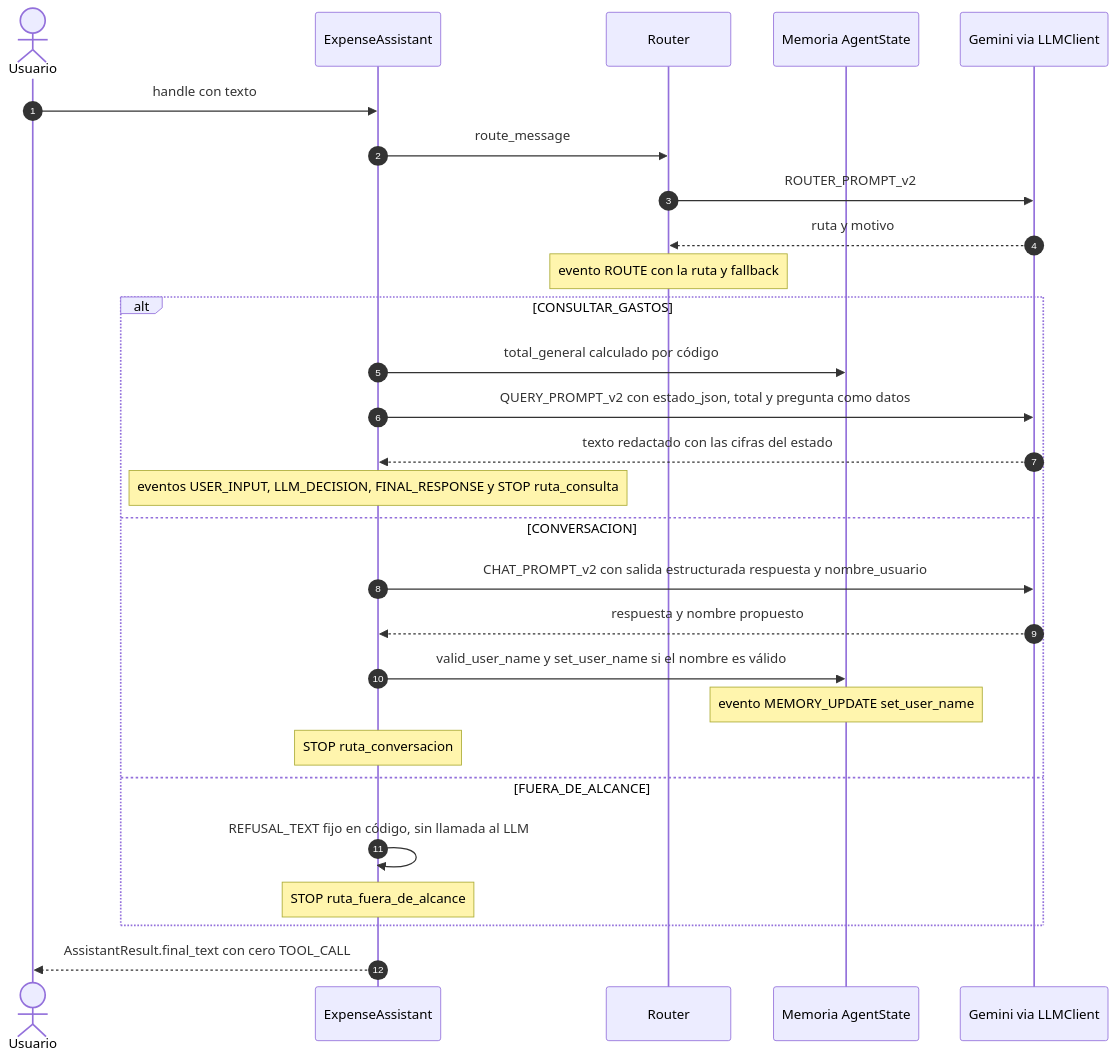
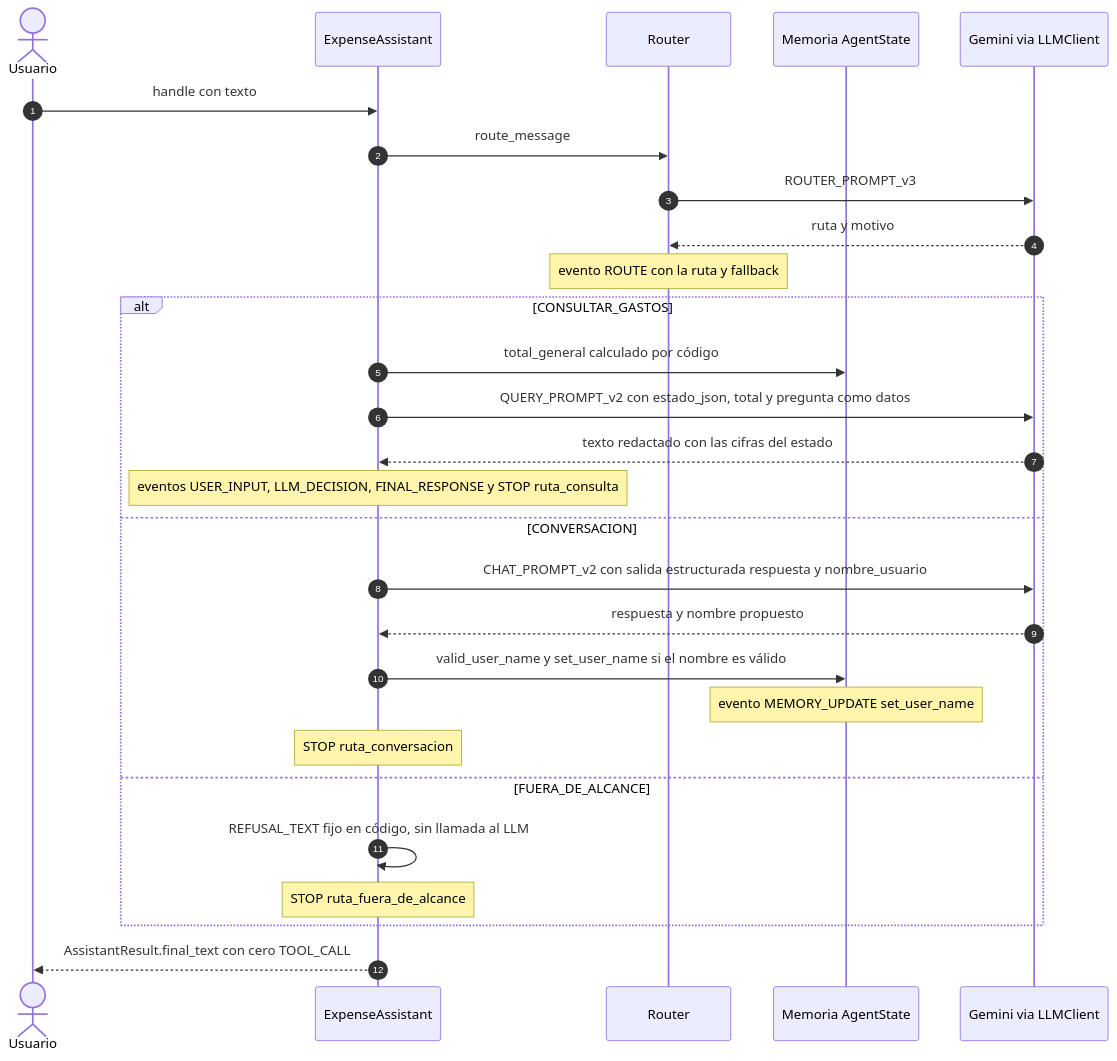
Before and after one commit to gherrerz/Claude-telegram-expense-tracker: the eighth of 16 diagrams in docs/solution_architecture.md, drawn with Mermaid. The commit also changed other lines of this file and 14 other files, not shown here.

Commit message:
feat(eval): add golden set v2 with rag cases and update architecture docs (stage 15)

````diff
--- a/docs/solution_architecture.md
+++ b/docs/solution_architecture.md
@@ -541,32 +604,32 @@
 ```mermaid
 sequenceDiagram
     autonumber
     actor U as Usuario
     participant AS as ExpenseAssistant
     participant RT as Router
     participant MEM as Memoria AgentState
     participant G as Gemini via LLMClient
 
     U->>AS: handle con texto
     AS->>RT: route_message
-    RT->>G: ROUTER_PROMPT_v2
+    RT->>G: ROUTER_PROMPT_v3
     G-->>RT: ruta y motivo
     Note over RT: evento ROUTE con la ruta y fallback
 
     alt CONSULTAR_GASTOS
         AS->>MEM: total_general calculado por código
         AS->>G: QUERY_PROMPT_v2 con estado_json, total y pregunta como datos
         G-->>AS: texto redactado con las cifras del estado
         Note over AS: eventos USER_INPUT, LLM_DECISION, FINAL_RESPONSE y STOP ruta_consulta
     else CONVERSACION
         AS->>G: CHAT_PROMPT_v2 con salida estructurada respuesta y nombre_usuario
         G-->>AS: respuesta y nombre propuesto
         AS->>MEM: valid_user_name y set_user_name si el nombre es válido
         Note over MEM: evento MEMORY_UPDATE set_user_name
         Note over AS: STOP ruta_conversacion
     else FUERA_DE_ALCANCE
         AS->>AS: REFUSAL_TEXT fijo en código, sin llamada al LLM
         Note over AS: STOP ruta_fuera_de_alcance
     end
     AS-->>U: AssistantResult.final_text con cero TOOL_CALL
 ```
````
